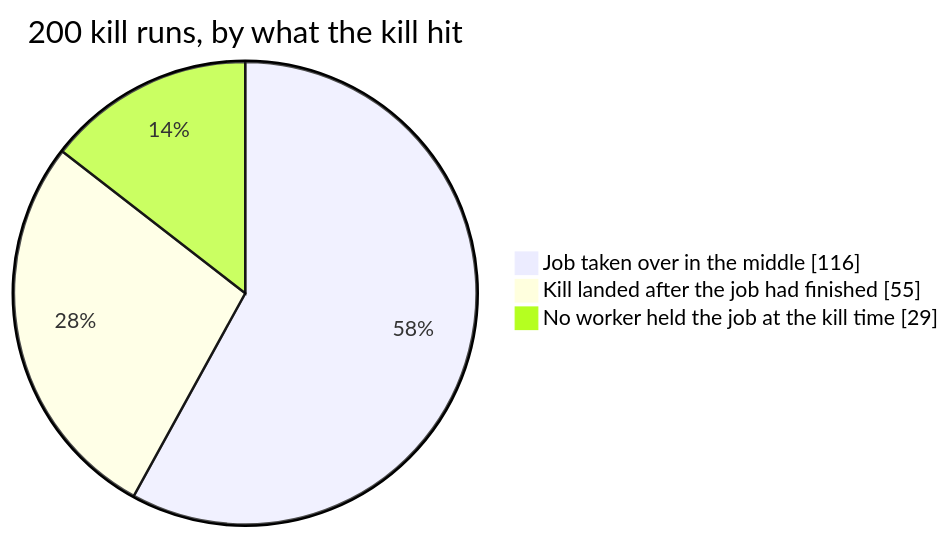
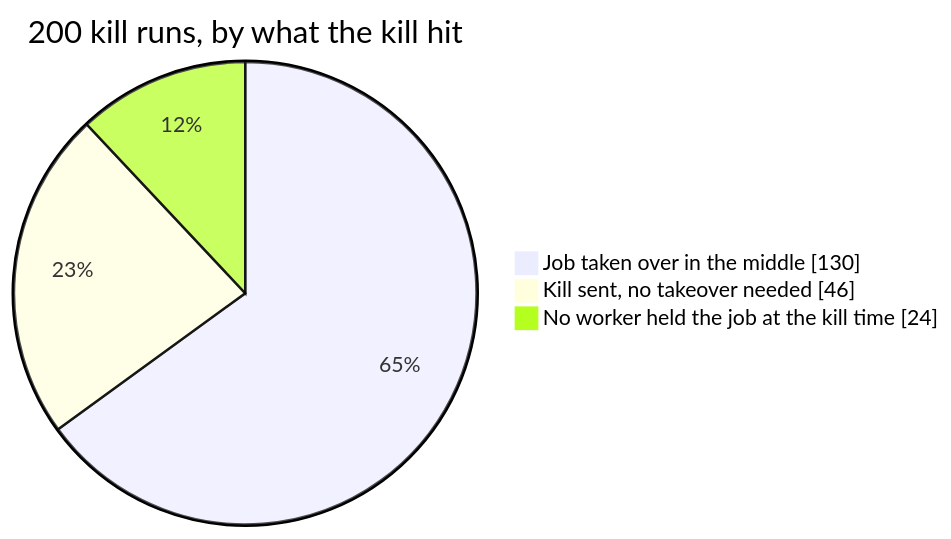
The diagram in docs/results-durability.md (sindredg/agent-runtime), drawn with Mermaid before and after one commit. The commit also changed other lines of this file and 8 other files, not shown here.

````diff
--- a/docs/results-durability.md
+++ b/docs/results-durability.md
@@ -7,6 +8,6 @@
 ```mermaid
 pie showData title 200 kill runs, by what the kill hit
-    "Job taken over in the middle" : 116
-    "Kill landed after the job had finished" : 55
-    "No worker held the job at the kill time" : 29
+    "Job taken over in the middle" : 130
+    "Kill sent, no takeover needed" : 46
+    "No worker held the job at the kill time" : 24
 ```
````
